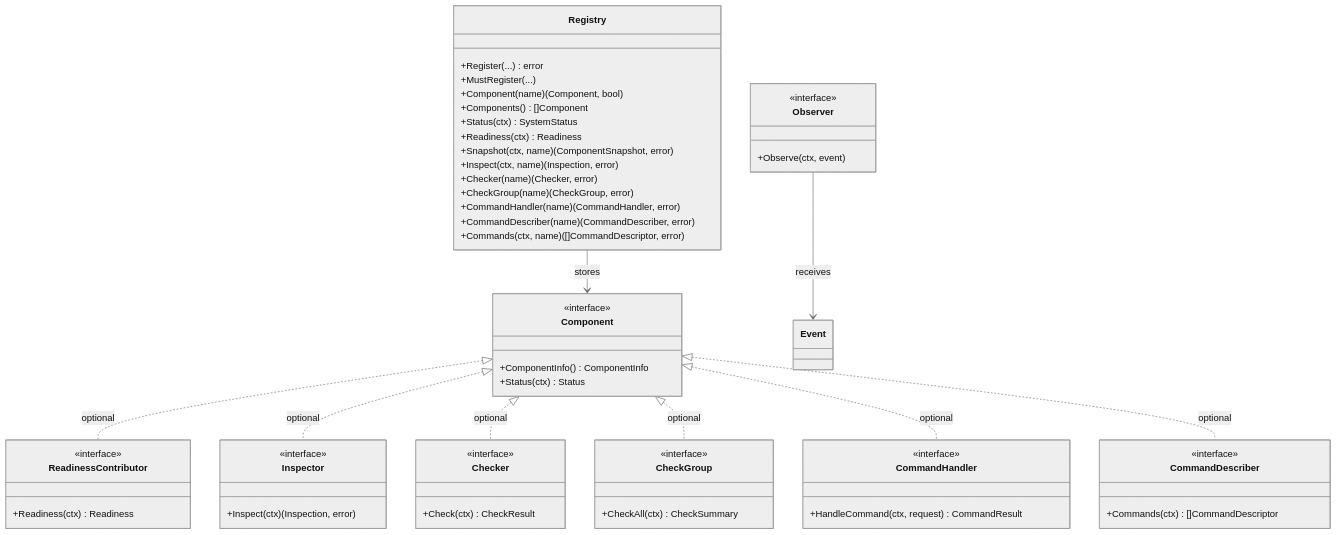
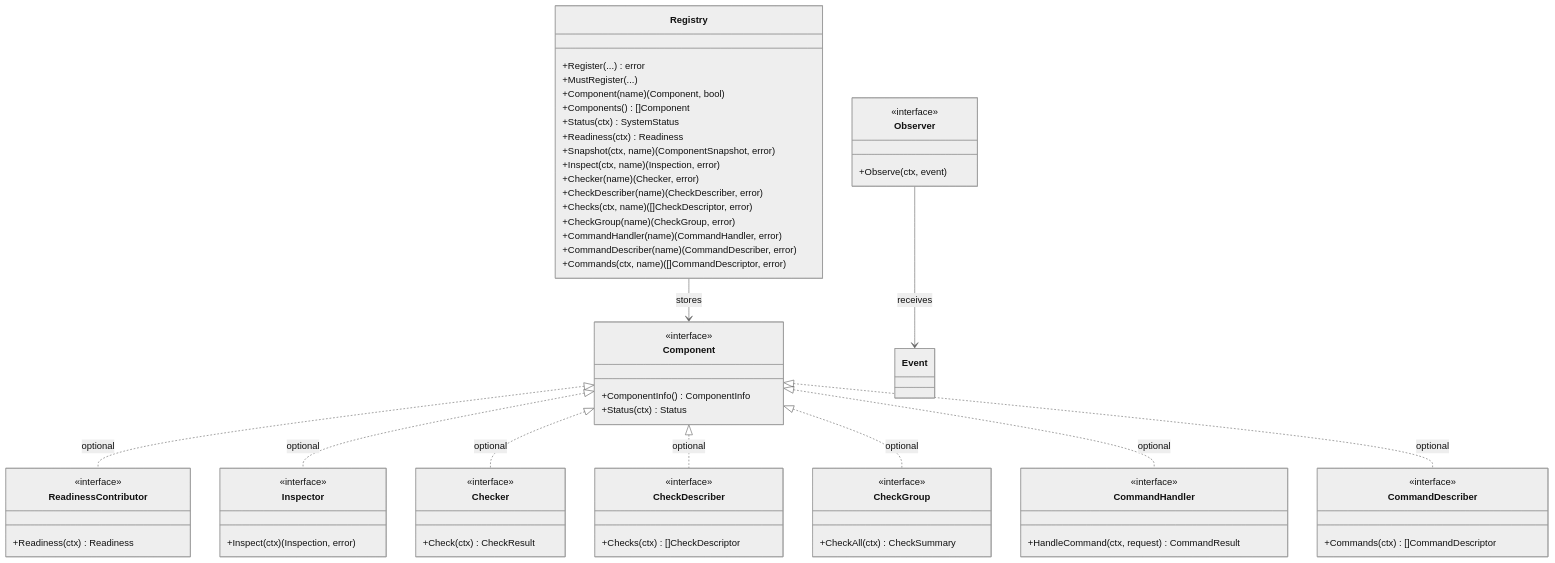
One commit to jaredjakacky/opskit changed the second of 4 diagrams in docs/design.md. Above: the diagram before and after it, drawn with Mermaid (neutral theme). The commit also changed other lines of this file and 16 other files, not shown here.

````diff
--- a/docs/design.md
+++ b/docs/design.md
@@ -212,68 +216,76 @@
 ```mermaid
 classDiagram
   class Registry {
     +Register(...) error
     +MustRegister(...)
     +Component(name) (Component, bool)
     +Components() []Component
     +Status(ctx) SystemStatus
     +Readiness(ctx) Readiness
     +Snapshot(ctx, name) (ComponentSnapshot, error)
     +Inspect(ctx, name) (Inspection, error)
     +Checker(name) (Checker, error)
+    +CheckDescriber(name) (CheckDescriber, error)
+    +Checks(ctx, name) ([]CheckDescriptor, error)
     +CheckGroup(name) (CheckGroup, error)
     +CommandHandler(name) (CommandHandler, error)
     +CommandDescriber(name) (CommandDescriber, error)
     +Commands(ctx, name) ([]CommandDescriptor, error)
   }
 
   class Component {
     <<interface>>
     +ComponentInfo() ComponentInfo
     +Status(ctx) Status
   }
 
   class ReadinessContributor {
     <<interface>>
     +Readiness(ctx) Readiness
   }
 
   class Inspector {
     <<interface>>
     +Inspect(ctx) (Inspection, error)
   }
 
   class Checker {
     <<interface>>
     +Check(ctx) CheckResult
   }
 
+  class CheckDescriber {
+    <<interface>>
+    +Checks(ctx) []CheckDescriptor
+  }
+
   class CheckGroup {
     <<interface>>
     +CheckAll(ctx) CheckSummary
   }
 
   class CommandHandler {
     <<interface>>
     +HandleCommand(ctx, request) CommandResult
   }
 
   class CommandDescriber {
     <<interface>>
     +Commands(ctx) []CommandDescriptor
   }
 
   class Observer {
     <<interface>>
     +Observe(ctx, event)
   }
 
   Registry --> Component : stores
   Component <|.. ReadinessContributor : optional
   Component <|.. Inspector : optional
   Component <|.. Checker : optional
+  Component <|.. CheckDescriber : optional
   Component <|.. CheckGroup : optional
   Component <|.. CommandHandler : optional
   Component <|.. CommandDescriber : optional
   Observer --> Event : receives
 ```
````
